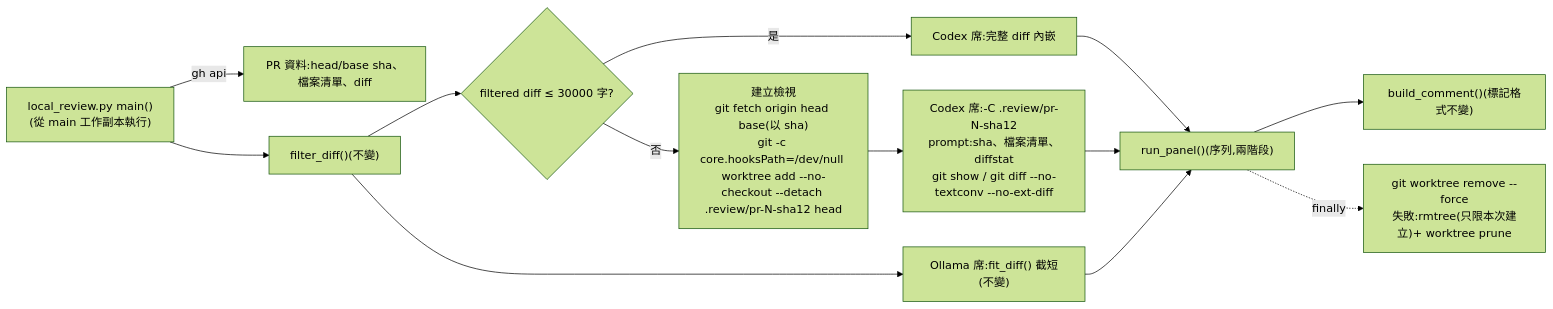
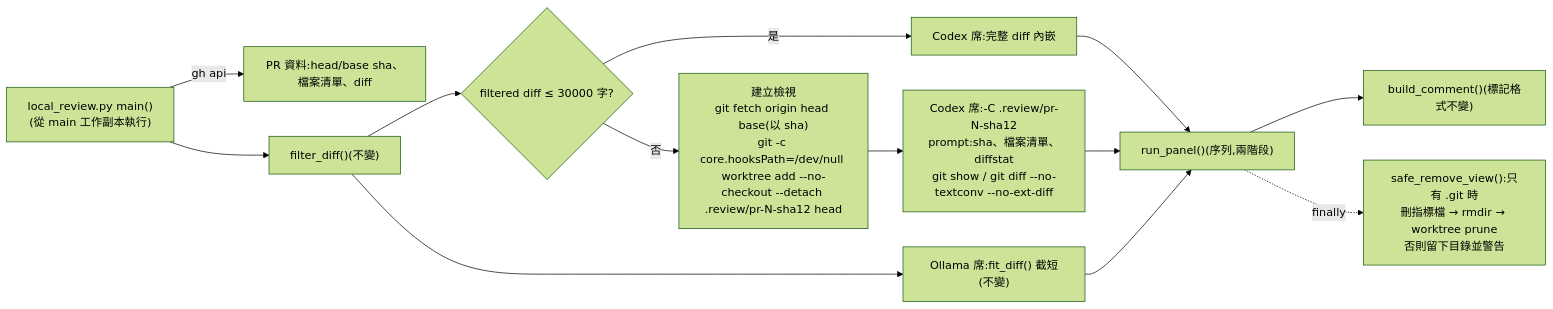
Before and after one commit to kamira/podcast-studio: the first of 2 diagrams in docs/changes/CHG-20261028-01.md, drawn with Mermaid (forest theme). The commit also changed other lines of this file, not shown here.

First line of the commit message:
CHG-20261028-01: 草案修正——檢視清理統一為 safe_remove_view();實測指令帶 --codex-seats risk,security,compliance

````diff
--- a/docs/changes/CHG-20261028-01.md
+++ b/docs/changes/CHG-20261028-01.md
@@ -67,15 +68,15 @@
 ```mermaid
 flowchart LR
   M["local_review.py main()<br/>(從 main 工作副本執行)"] -->|gh api| PR["PR 資料:head/base sha、檔案清單、diff"]
   M --> F["filter_diff()(不變)"]
   F --> D{"filtered diff ≤ 30000 字?"}
   D -->|是| IN["Codex 席:完整 diff 內嵌"]
   D -->|否| V["建立檢視<br/>git fetch origin head base(以 sha)<br/>git -c core.hooksPath=/dev/null worktree add --no-checkout --detach .review/pr-N-sha12 head"]
   V --> VC["Codex 席:-C .review/pr-N-sha12<br/>prompt:sha、檔案清單、diffstat<br/>git show / git diff --no-textconv --no-ext-diff"]
   F --> O["Ollama 席:fit_diff() 截短(不變)"]
   IN --> P["run_panel()(序列,兩階段)"]
   VC --> P
   O --> P
   P --> C["build_comment()(標記格式不變)"]
-  P -.->|finally| R["git worktree remove --force<br/>失敗:rmtree(只限本次建立)+ worktree prune"]
+  P -.->|finally| R["safe_remove_view():只有 .git 時<br/>刪指標檔 → rmdir → worktree prune<br/>否則留下目錄並警告"]
 ```
````
